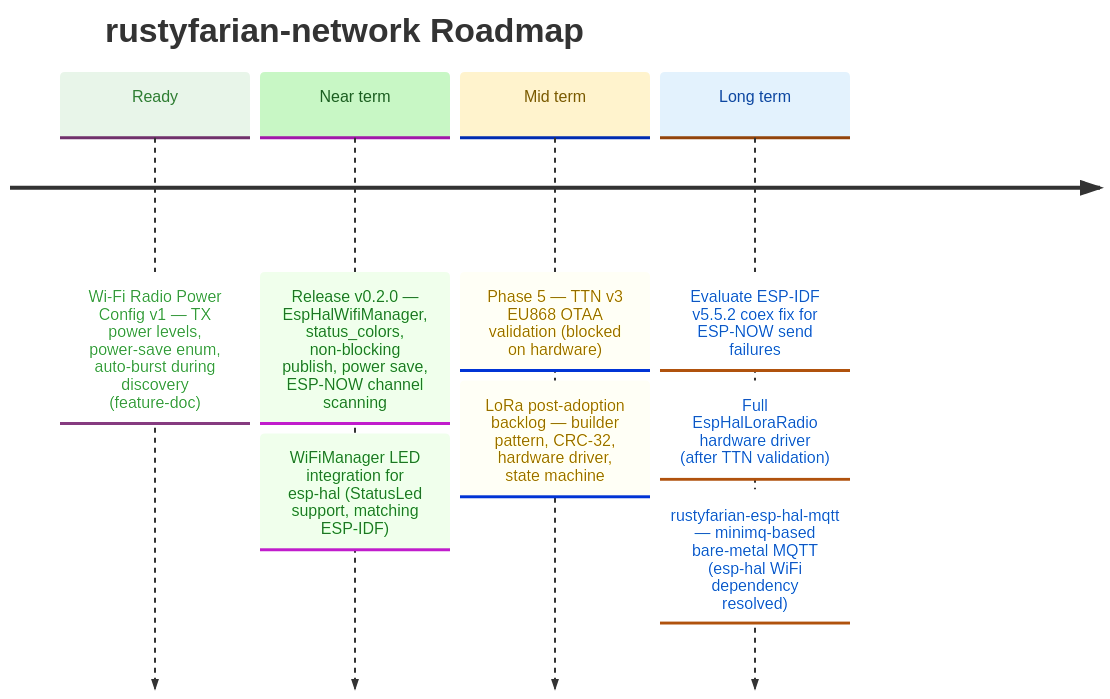
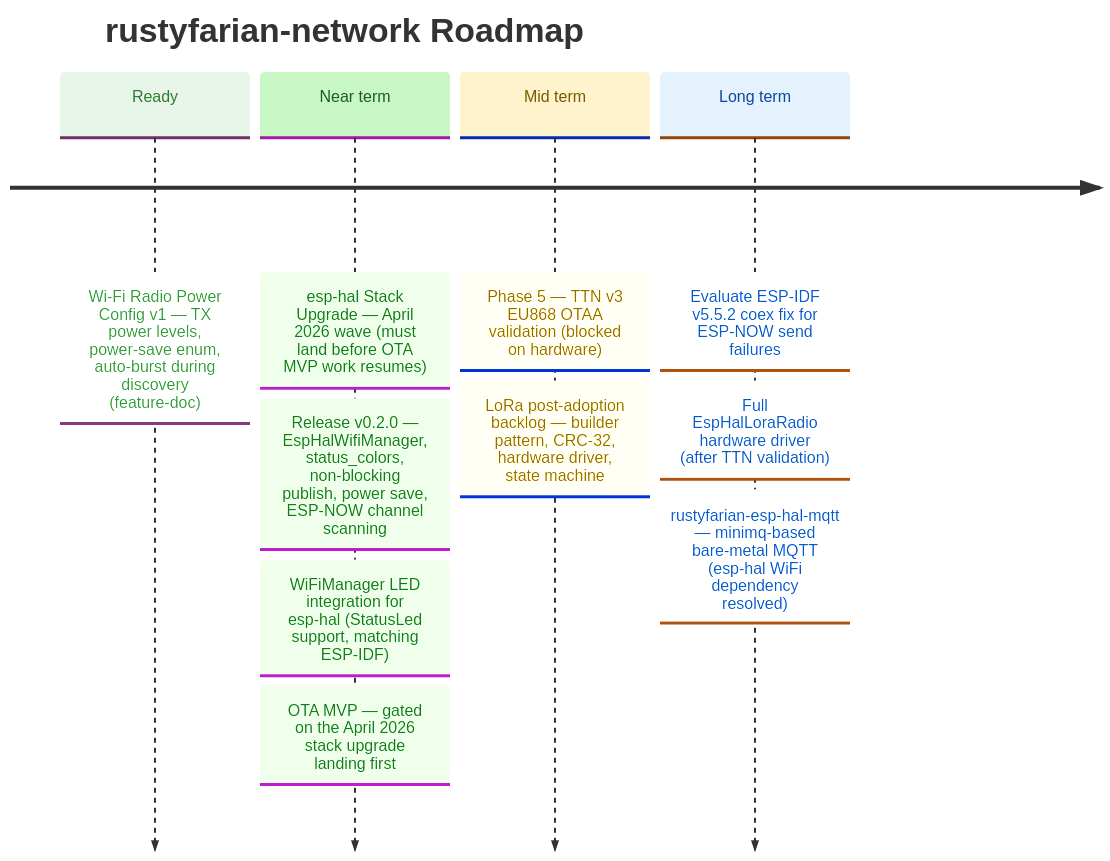
One commit to datenkollektiv/rustyfarian-network changed the diagram in docs/ROADMAP.md. Above: the diagram before and after it, drawn with Mermaid. The commit also changed other lines of this file and 1 other file, not shown here.

Commit message:
Add feature documentation for esp-hal stack upgrade to April 2026 release wave

````diff
--- a/docs/ROADMAP.md
+++ b/docs/ROADMAP.md
@@ -9,30 +9,32 @@
 ```mermaid
 %%{init: {
   "theme": "base",
   "themeVariables": {
     "cScale0": "#e8f5e9",
     "cScaleLabel0": "#2e7d32",
     "cScale1": "#c8f7c5",
     "cScaleLabel1": "#1b5e20",
     "cScale2": "#fff3cd",
     "cScaleLabel2": "#7a5a00",
     "cScale3": "#e3f2fd",
     "cScaleLabel3": "#0d47a1"
   }
 }}%%
 
 timeline
     title rustyfarian-network Roadmap
 
     Ready     : Wi-Fi Radio Power Config v1 — TX power levels, power-save enum, auto-burst during discovery (feature-doc)
 
-    Near term : Release v0.2.0 — EspHalWifiManager, status_colors, non-blocking publish, power save, ESP-NOW channel scanning
+    Near term : esp-hal Stack Upgrade — April 2026 wave (must land before OTA MVP work resumes)
+              : Release v0.2.0 — EspHalWifiManager, status_colors, non-blocking publish, power save, ESP-NOW channel scanning
               : WiFiManager LED integration for esp-hal (StatusLed support, matching ESP-IDF)
+              : OTA MVP — gated on the April 2026 stack upgrade landing first
 
     Mid term  : Phase 5 — TTN v3 EU868 OTAA validation (blocked on hardware)
               : LoRa post-adoption backlog — builder pattern, CRC-32, hardware driver, state machine
 
     Long term : Evaluate ESP-IDF v5.5.2 coex fix for ESP-NOW send failures
               : Full EspHalLoraRadio hardware driver (after TTN validation)
               : rustyfarian-esp-hal-mqtt — minimq-based bare-metal MQTT (esp-hal WiFi dependency resolved)
 ```
````
